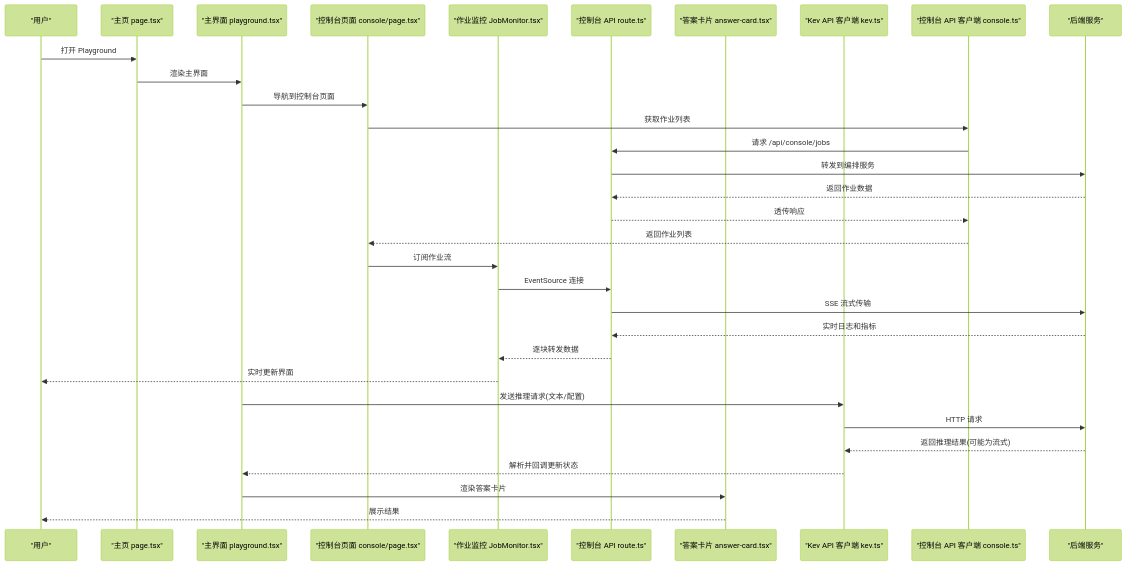
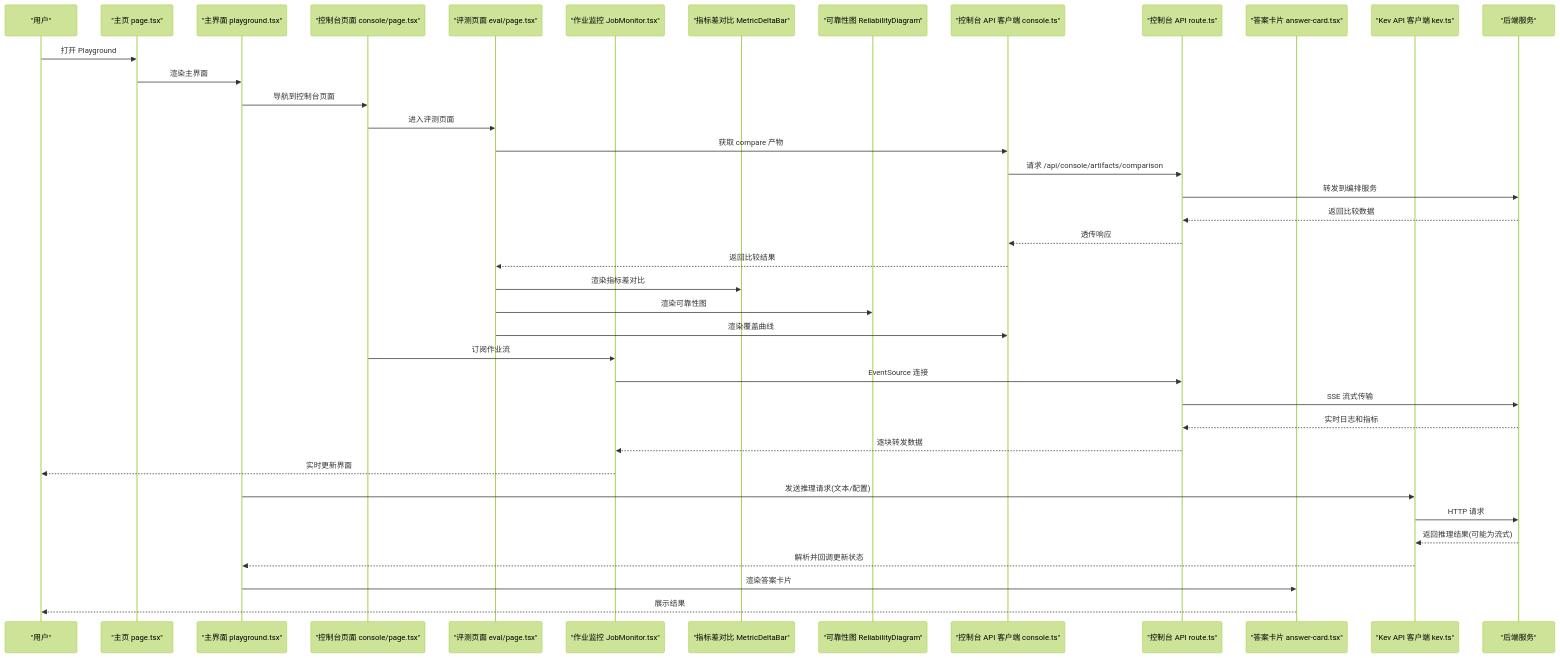
One commit to joezxh/kev changed the second of 6 diagrams in .qoder/repowiki/zh/content/Playground 界面.md. Above: the diagram before and after it, drawn with Mermaid (forest theme). The commit also changed other lines of this file and 101 other files, not shown here.

````diff
--- a/.qoder/repowiki/zh/content/Playground 界面.md
+++ b/.qoder/repowiki/zh/content/Playground 界面.md
@@ -205,34 +234,42 @@
 ```mermaid
 sequenceDiagram
 participant U as "用户"
 participant P as "主页 page.tsx"
 participant PG as "主界面 playground.tsx"
 participant CV as "控制台页面 console/page.tsx"
+participant EP as "评测页面 eval/page.tsx"
 participant JM as "作业监控 JobMonitor.tsx"
+participant MD as "指标差对比 MetricDeltaBar"
+participant RD as "可靠性图 ReliabilityDiagram"
+participant CC as "覆盖曲线 CoverageCurve"
 participant API as "控制台 API route.ts"
 participant AC as "答案卡片 answer-card.tsx"
 participant KV as "Kev API 客户端 kev.ts"
 participant CC as "控制台 API 客户端 console.ts"
 participant S as "后端服务"
 U->>P : 打开 Playground
 P->>PG : 渲染主界面
 PG->>CV : 导航到控制台页面
-CV->>CC : 获取作业列表
-CC->>API : 请求 /api/console/jobs
+CV->>EP : 进入评测页面
+EP->>CC : 获取 compare 产物
+CC->>API : 请求 /api/console/artifacts/comparison
 API->>S : 转发到编排服务
-S-->>API : 返回作业数据
+S-->>API : 返回比较数据
 API-->>CC : 透传响应
-CC-->>CV : 返回作业列表
+CC-->>EP : 返回比较结果
+EP->>MD : 渲染指标差对比
+EP->>RD : 渲染可靠性图
+EP->>CC : 渲染覆盖曲线
 CV->>JM : 订阅作业流
 JM->>API : EventSource 连接
 API->>S : SSE 流式传输
 S-->>API : 实时日志和指标
 API-->>JM : 逐块转发数据
 JM-->>U : 实时更新界面
 PG->>KV : 发送推理请求(文本/配置)
 KV->>S : HTTP 请求
 S-->>KV : 返回推理结果(可能为流式)
 KV-->>PG : 解析并回调更新状态
 PG->>AC : 渲染答案卡片
 AC-->>U : 展示结果
 ```
````
